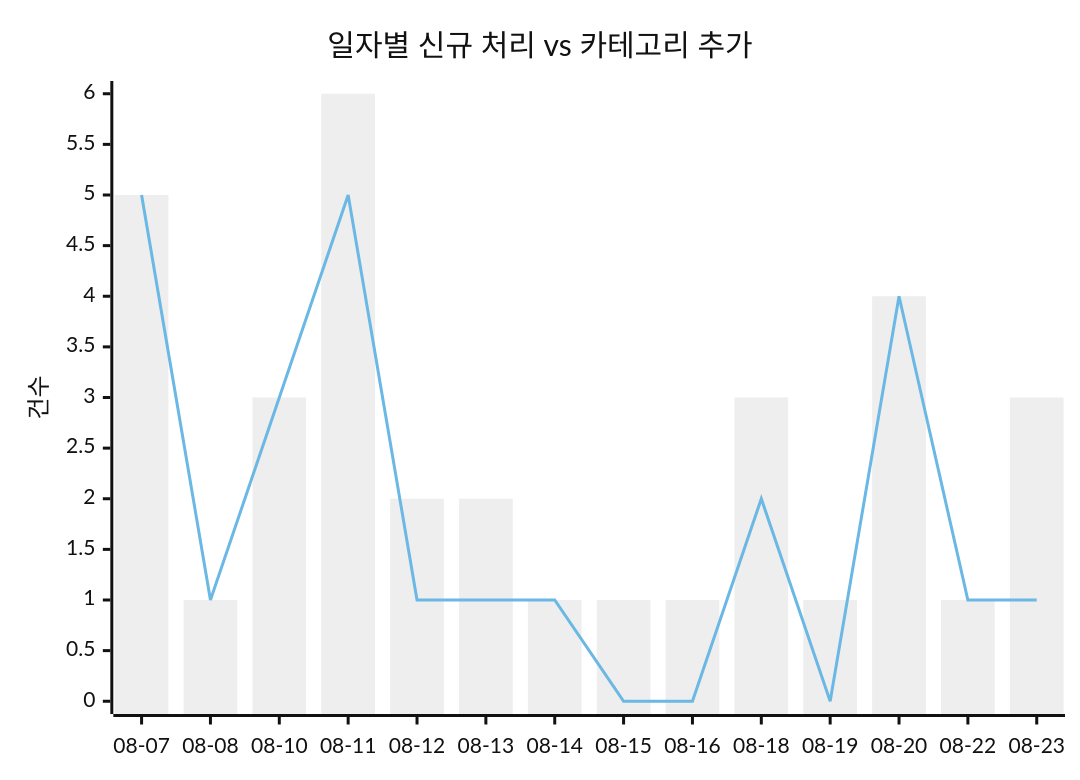
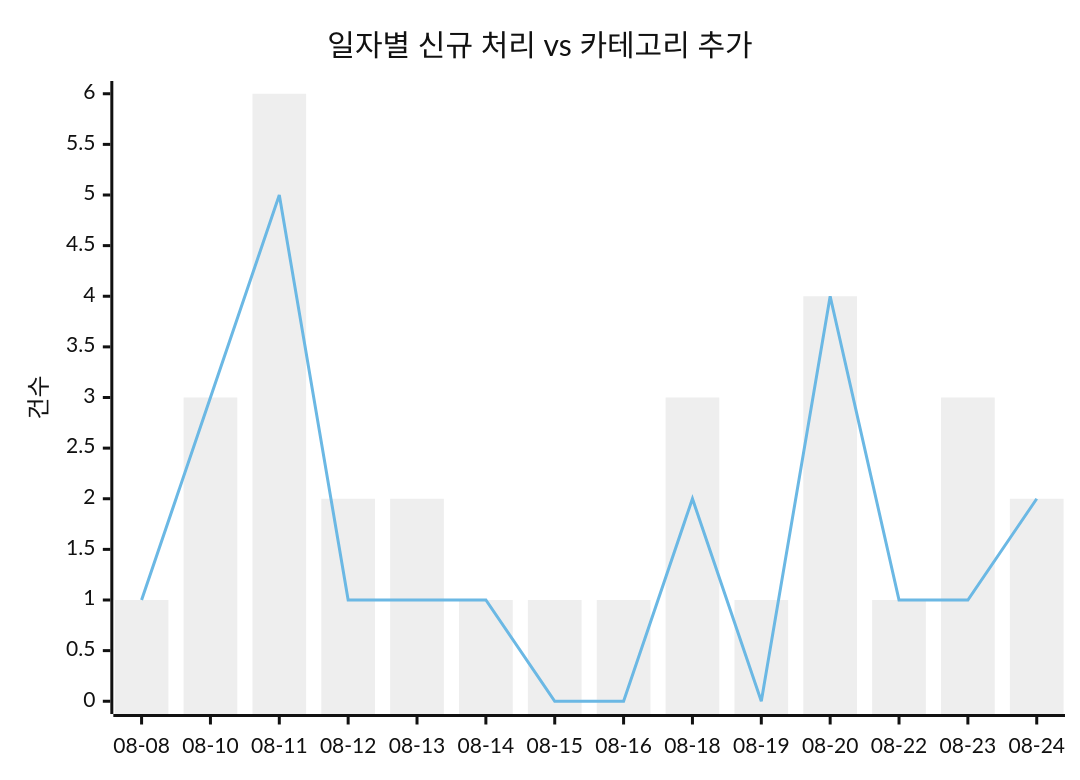
The first of 2 diagrams in docs/trends.md (J-nowcow/awesome-korean-agent-skills), drawn with Mermaid (neutral theme) before and after one commit. The commit also changed other lines of this file and 5 other files, not shown here.

````diff
--- a/docs/trends.md
+++ b/docs/trends.md
@@ -32,8 +32,8 @@
 ```mermaid
 xychart-beta
     title "일자별 신규 처리 vs 카테고리 추가"
-    x-axis ["08-07","08-08","08-10","08-11","08-12","08-13","08-14","08-15","08-16","08-18","08-19","08-20","08-22","08-23"]
+    x-axis ["08-08","08-10","08-11","08-12","08-13","08-14","08-15","08-16","08-18","08-19","08-20","08-22","08-23","08-24"]
     y-axis "건수"
-    bar [5,1,3,6,2,2,1,1,1,3,1,4,1,3]
-    line [5,1,3,5,1,1,1,0,0,2,0,4,1,1]
+    bar [1,3,6,2,2,1,1,1,3,1,4,1,3,2]
+    line [1,3,5,1,1,1,0,0,2,0,4,1,1,2]
 ```
````
